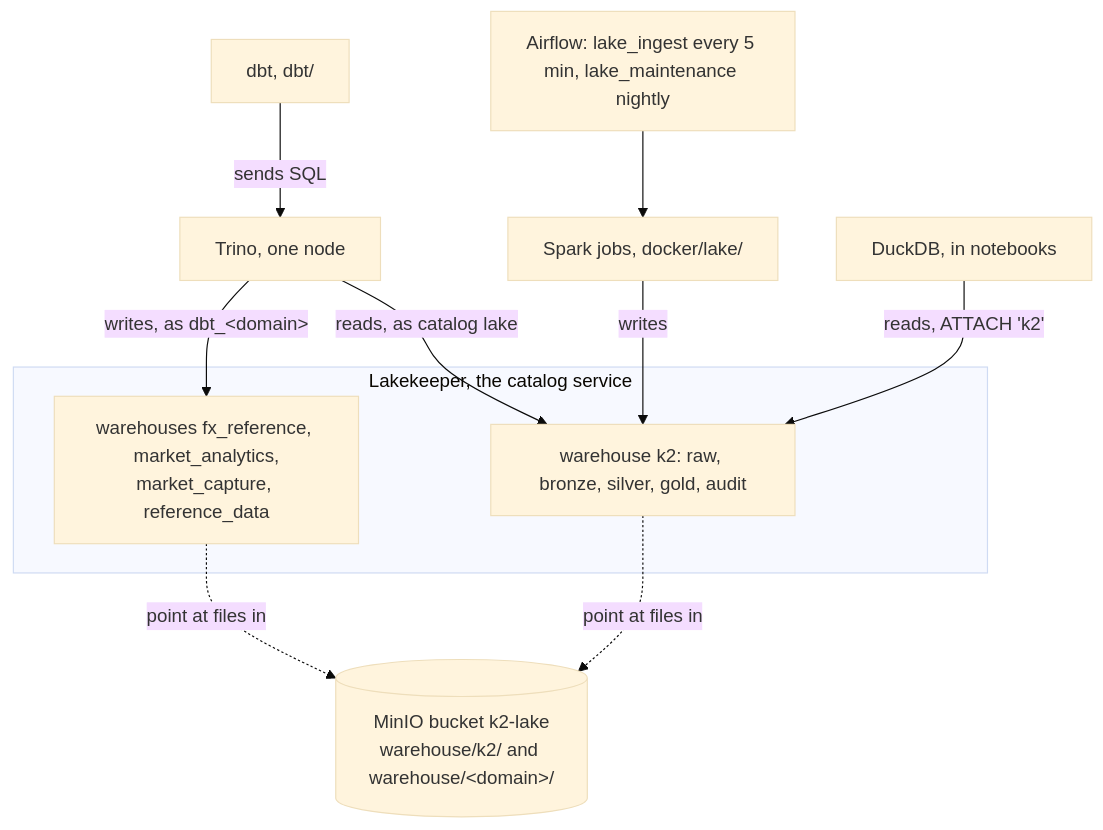
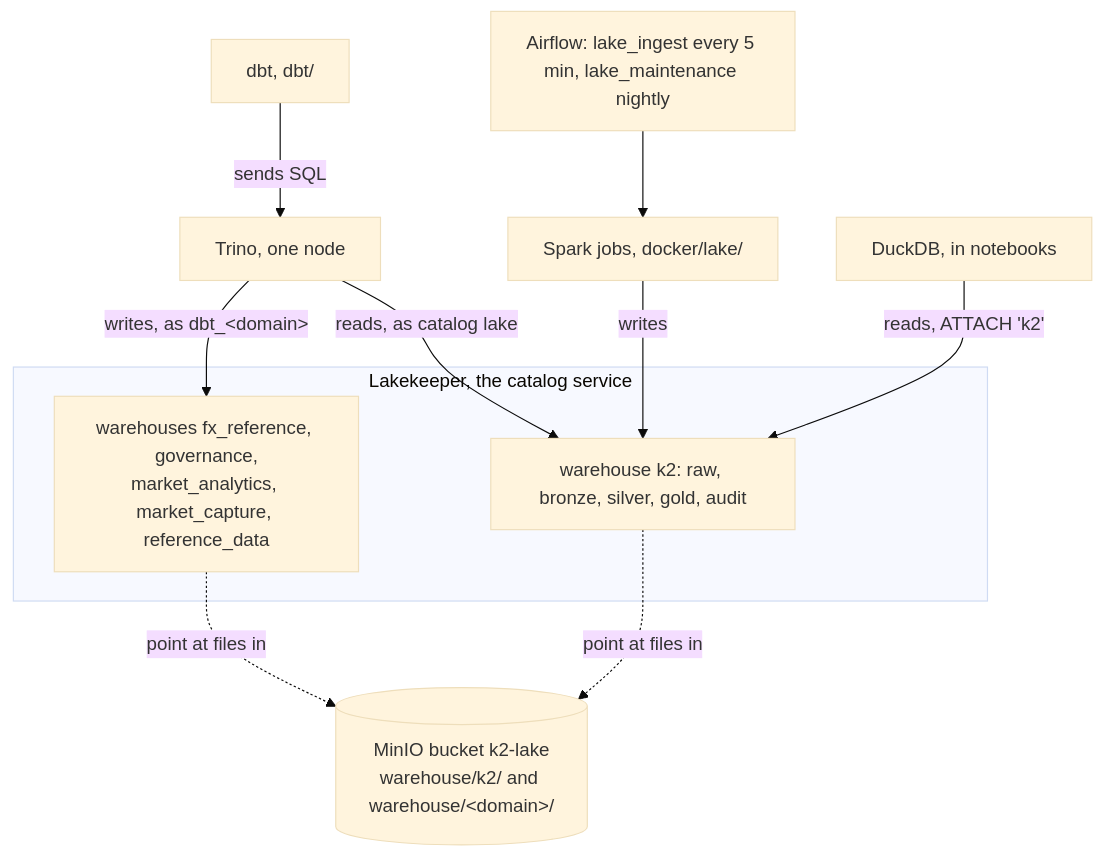
The first of 2 diagrams in docs/architecture/19-lakehouse-and-domain-warehouses.md (rjdscott/k2-market-data-platform), drawn with Mermaid (base theme) before and after one commit. The commit also changed other lines of this file and 15 other files, not shown here.

````diff
--- a/docs/architecture/19-lakehouse-and-domain-warehouses.md
+++ b/docs/architecture/19-lakehouse-and-domain-warehouses.md
@@ -25,20 +25,20 @@
 ```mermaid
 flowchart TB
   AF["Airflow: lake_ingest every 5 min, lake_maintenance nightly"]
   SP["Spark jobs, docker/lake/"]
   DBT["dbt, dbt/"]
   TR["Trino, one node"]
   DK["DuckDB, in notebooks"]
   subgraph LK ["Lakekeeper, the catalog service"]
     WK["warehouse k2: raw, bronze, silver, gold, audit"]
-    WD["warehouses fx_reference, market_analytics,<br/>market_capture, reference_data"]
+    WD["warehouses fx_reference, governance,<br/>market_analytics, market_capture, reference_data"]
   end
   S3[("MinIO bucket k2-lake<br/>warehouse/k2/ and warehouse/&lt;domain&gt;/")]
   AF --> SP
   SP -->|"writes"| WK
   DBT -->|"sends SQL"| TR
   TR -->|"reads, as catalog lake"| WK
   TR -->|"writes, as dbt_&lt;domain&gt;"| WD
   DK -->|"reads, ATTACH 'k2'"| WK
   WK & WD -.->|"point at files in"| S3
 ```
````
